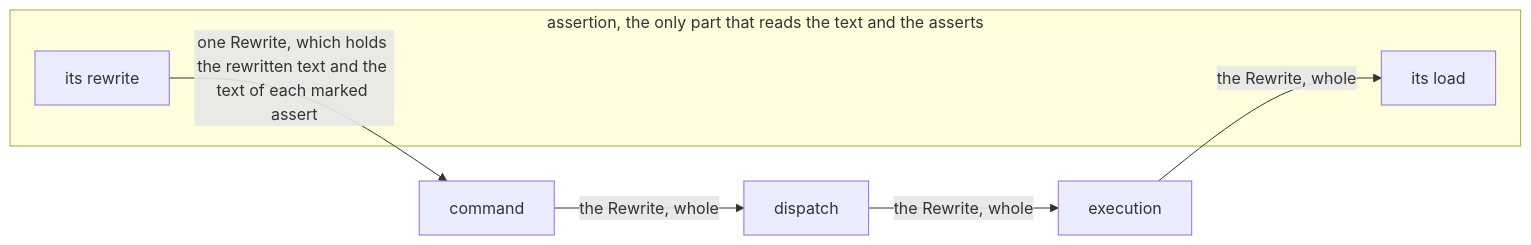
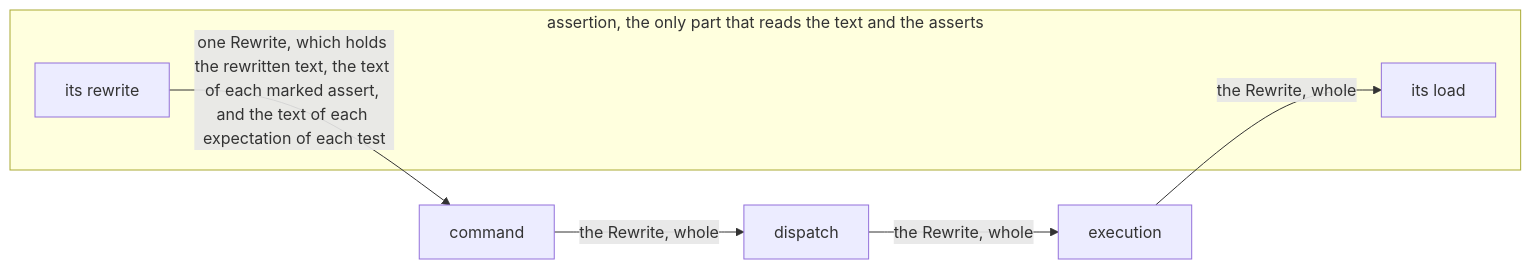
Before and after one commit to kalonji-tools/purba: the diagram in docs/decisions/assertions-rewrite-crosses-each-part-whole-and-only-assertion-opens-it.md, drawn with Mermaid. The commit also changed other lines of this file and 21 other files, not shown here.

First line of the commit message:
docs(decisions): read each expectation of a test, and count cases (#989)

````diff
--- a/docs/decisions/assertions-rewrite-crosses-each-part-whole-and-only-assertion-opens-it.md
+++ b/docs/decisions/assertions-rewrite-crosses-each-part-whole-and-only-assertion-opens-it.md
@@ -30,11 +30,11 @@
 ```mermaid
 flowchart LR
   subgraph assertion["assertion, the only part that reads the text and the asserts"]
     rewrite["its rewrite"]
     load["its load"]
   end
-  rewrite -->|"one Rewrite, which holds the rewritten text and the text of each marked assert"| command
+  rewrite -->|"one Rewrite, which holds the rewritten text, the text of each marked assert, and the text of each expectation of each test"| command
   command -->|"the Rewrite, whole"| dispatch
   dispatch -->|"the Rewrite, whole"| execution
   execution -->|"the Rewrite, whole"| load
 ```
````
